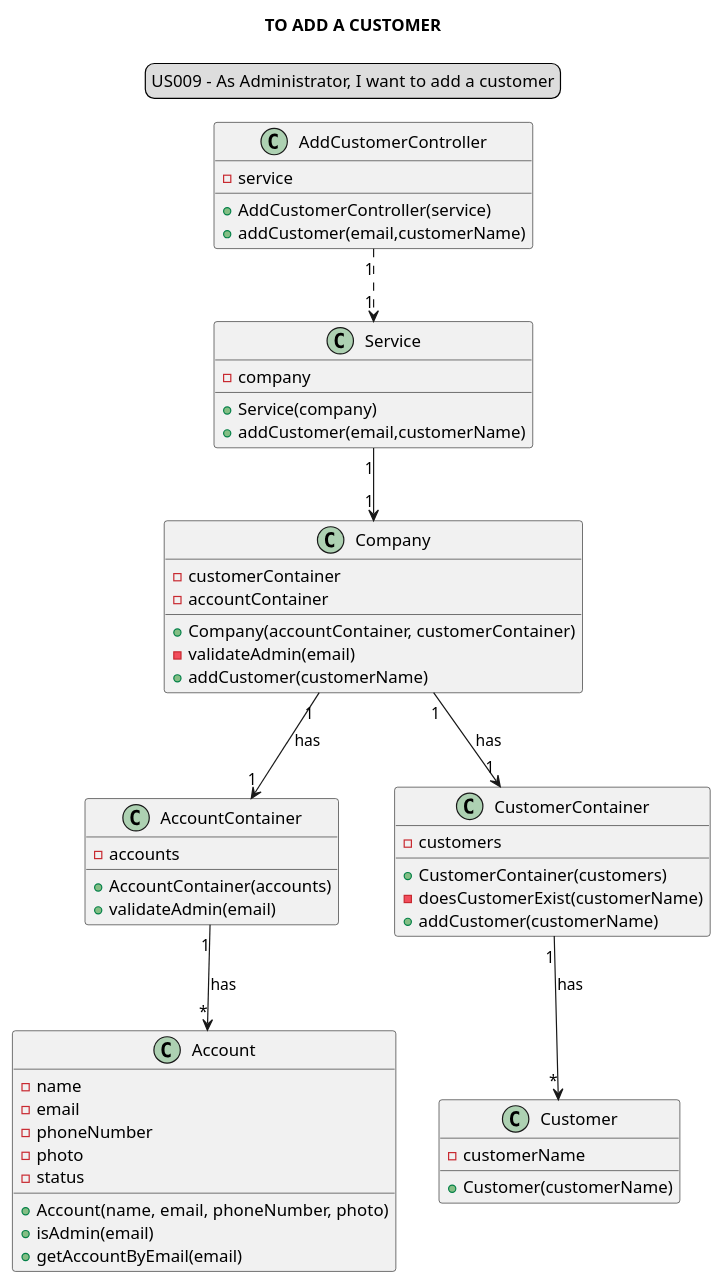
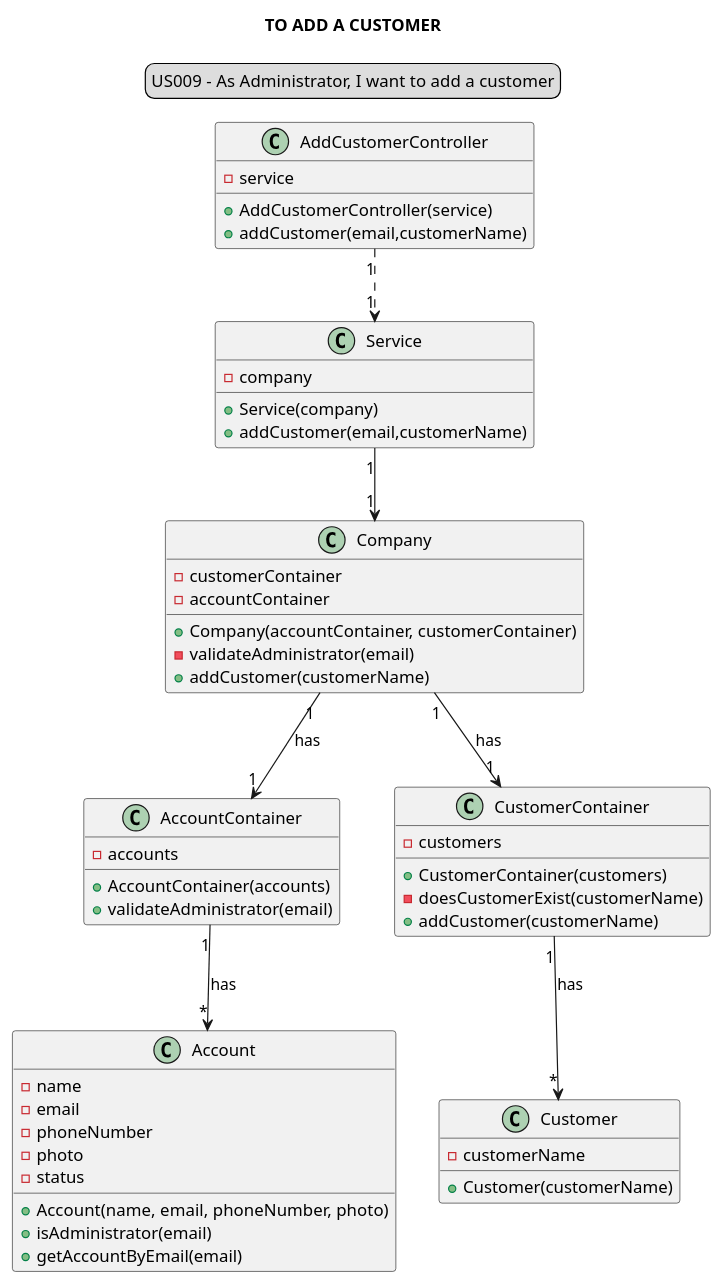
The diagram in docs/modelling_design/user_stories/us009/US009_classDiagram.puml (Loracline/project_switch_22-23), drawn with PlantUML before and after one commit. The commit also changed 1 other file, not shown here.

Commit message:
US009 : Design : refinement os Class Diagram and Sequence Diagram (changed short form "admin" to "administrator").

```diff
--- a/docs/modelling_design/user_stories/us009/US009_classDiagram.puml
+++ b/docs/modelling_design/user_stories/us009/US009_classDiagram.puml
@@ -1,65 +1,65 @@
 @startuml
 
 skinparam sequenceMessageAlign center
 title TO ADD A CUSTOMER
 legend top
 US009 - As Administrator, I want to add a customer
 end legend
 
 class "AddCustomerController" {
 -service
 +AddCustomerController(service)
 +addCustomer(email,customerName)
 }
 
 class "Service"{
 -company
 +Service(company)
 +addCustomer(email,customerName)
 }
 
 class "Company"{
 -customerContainer
 -accountContainer
 +Company(accountContainer, customerContainer)
--validateAdmin(email)
+-validateAdministrator(email)
 +addCustomer(customerName)
 }
 
 class "AccountContainer"{
 -accounts
 +AccountContainer(accounts)
-+validateAdmin(email)
++validateAdministrator(email)
 }
 
 class "Account"{
 -name
 -email
 -phoneNumber
 -photo
 -status
 +Account(name, email, phoneNumber, photo)
-+isAdmin(email)
++isAdministrator(email)
 +getAccountByEmail(email)
 }
 
 class "CustomerContainer"{
 -customers
 +CustomerContainer(customers)
 -doesCustomerExist(customerName)
 +addCustomer(customerName)
 }
 
 class "Customer"{
 -customerName
 +Customer(customerName)
 }
 
 "AddCustomerController" "1" ..> "1" "Service"
 "Service" "1" --> "1" "Company"
 "Company" "1"-->"1" "CustomerContainer": has
 "Company" "1"-->"1" "AccountContainer": has
 "CustomerContainer" "1"-->"*" "Customer": has
 "AccountContainer" "1" --> "*" "Account": has
 
 @enduml
```
